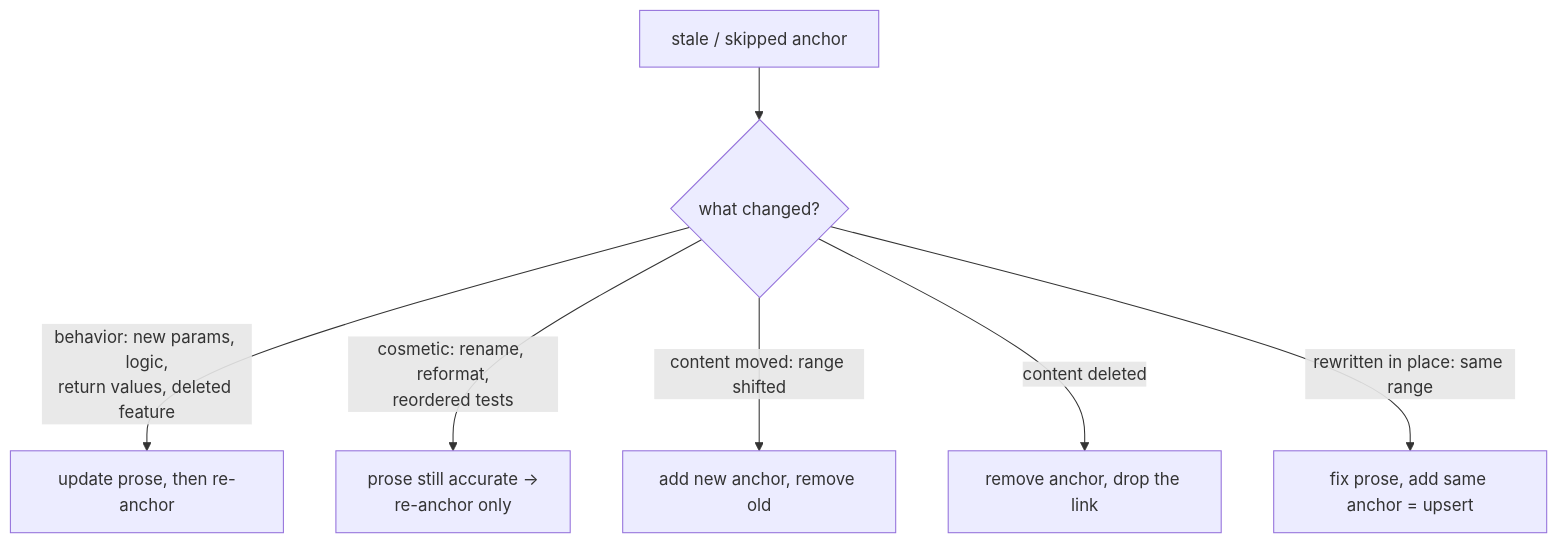
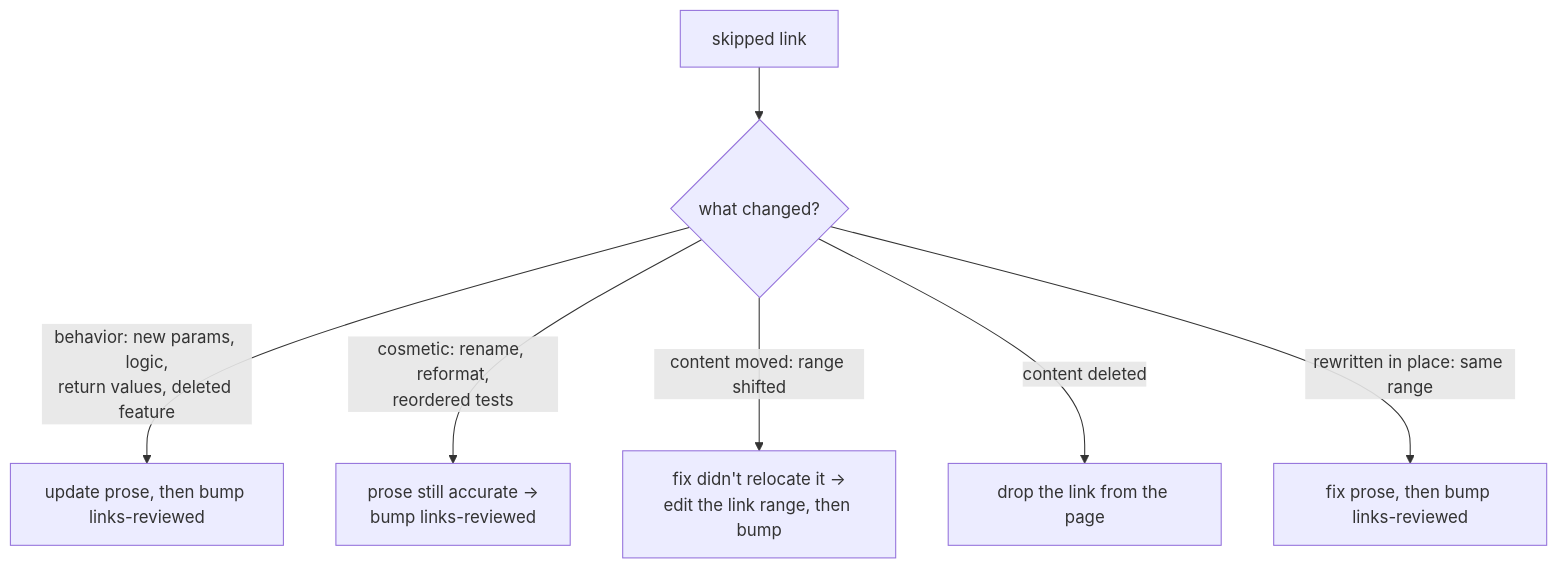
The diagram in plugins/wiki/skills/wiki/sections/resolving-skipped-fixes.md (goodfoot-io/wiki), drawn with Mermaid before and after one commit. The commit also changed other lines of this file and 23 other files, not shown here.

````diff
--- a/plugins/wiki/skills/wiki/sections/resolving-skipped-fixes.md
+++ b/plugins/wiki/skills/wiki/sections/resolving-skipped-fixes.md
@@ -19,9 +17,9 @@
 ```mermaid
 graph TD
-    A[stale / skipped anchor] --> B{what changed?}
-    B -->|behavior: new params, logic,<br/>return values, deleted feature| C[update prose, then re-anchor]
-    B -->|cosmetic: rename, reformat,<br/>reordered tests| D[prose still accurate →<br/>re-anchor only]
-    B -->|content moved: range shifted| E[add new anchor, remove old]
-    B -->|content deleted| F[remove anchor, drop the link]
-    B -->|rewritten in place: same range| G[fix prose, add same anchor = upsert]
+    A[skipped link] --> B{what changed?}
+    B -->|behavior: new params, logic,<br/>return values, deleted feature| C[update prose, then bump links-reviewed]
+    B -->|cosmetic: rename, reformat,<br/>reordered tests| D[prose still accurate →<br/>bump links-reviewed]
+    B -->|content moved: range shifted| E[fix didn't relocate it →<br/>edit the link range, then bump]
+    B -->|content deleted| F[drop the link from the page]
+    B -->|rewritten in place: same range| G[fix prose, then bump links-reviewed]
 ```
````
